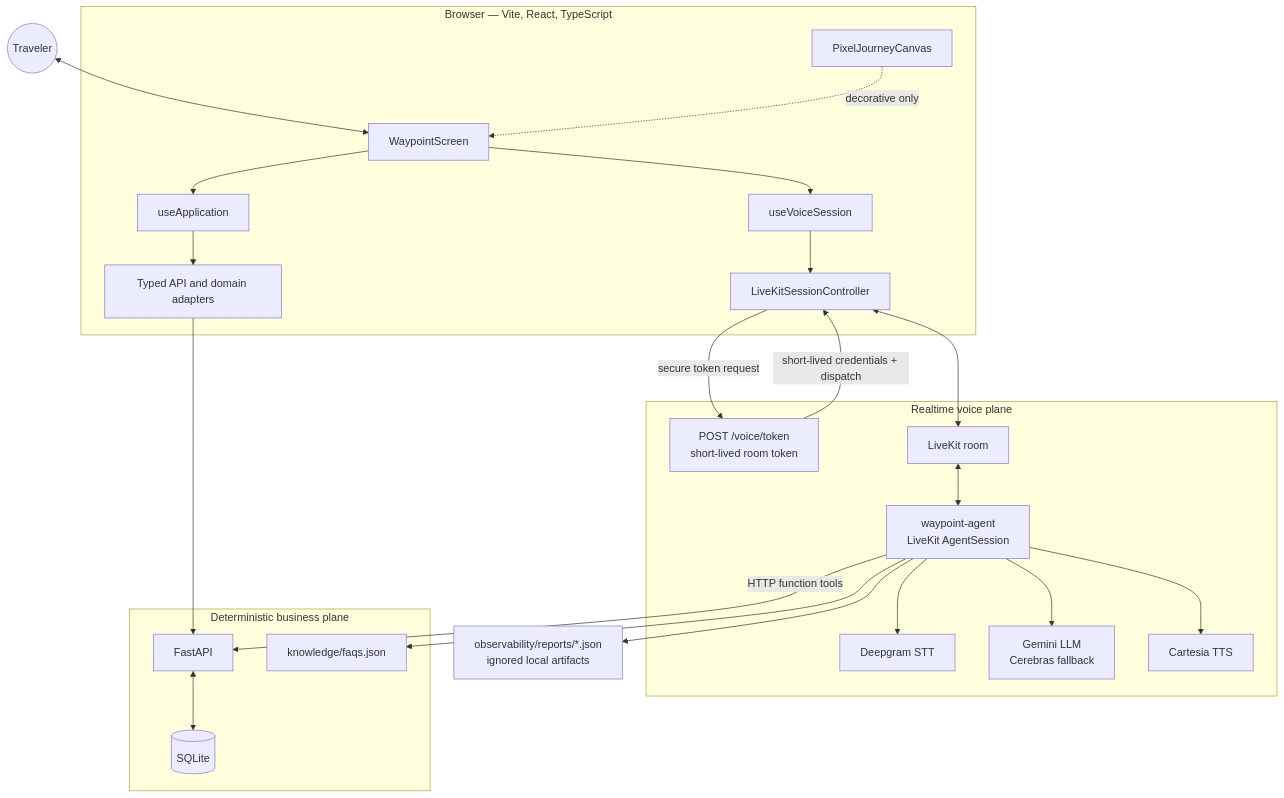
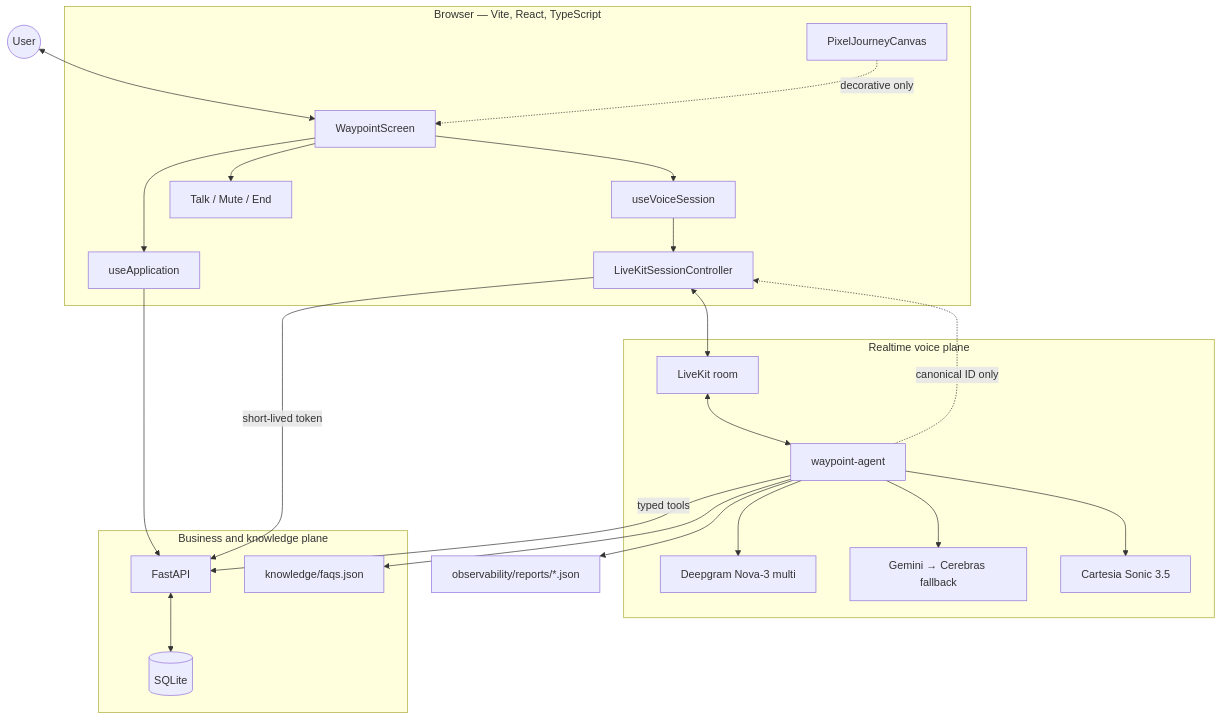
One commit to Parth-Bisht-227/waypoint-voice-ai changed the first of 8 diagrams in docs/ARCHITECTURE.md. Above: the diagram before and after it, drawn with Mermaid. The commit also changed other lines of this file and 6 other files, not shown here.

````diff
--- a/docs/ARCHITECTURE.md
+++ b/docs/ARCHITECTURE.md
@@ -16,47 +17,45 @@
-```mermaid
+~~~mermaid
 flowchart TB
-    User((Traveler))
+    User((User))
 
-    subgraph Web["Browser — Vite, React, TypeScript"]
+    subgraph Browser["Browser — Vite, React, TypeScript"]
         Screen[WaypointScreen]
         VoiceHook[useVoiceSession]
-        VoiceController[LiveKitSessionController]
+        Controller[LiveKitSessionController]
         AppHook[useApplication]
-        ApiAdapter[Typed API and domain adapters]
+        Controls[Talk / Mute / End]
         Canvas[PixelJourneyCanvas]
     end
 
-    subgraph Realtime["Realtime voice plane"]
-        TokenEndpoint["POST /voice/token<br/>short-lived room token"]
+    subgraph Voice["Realtime voice plane"]
         Room[LiveKit room]
-        Agent["waypoint-agent<br/>LiveKit AgentSession"]
-        STT[Deepgram STT]
-        LLM[Gemini LLM<br/>Cerebras fallback]
-        TTS[Cartesia TTS]
+        Agent[waypoint-agent]
+        STT[Deepgram Nova-3 multi]
+        LLM[Gemini → Cerebras fallback]
+        TTS[Cartesia Sonic 3.5]
     end
 
-    subgraph Business["Deterministic business plane"]
+    subgraph Business["Business and knowledge plane"]
         API[FastAPI]
         DB[(SQLite)]
-        FAQ[knowledge/faqs.json]
+        Knowledge[knowledge/faqs.json]
     end
 
-    Reports["observability/reports/*.json<br/>ignored local artifacts"]
+    Reports[observability/reports/*.json]
 
     User <--> Screen
-    Screen --> VoiceHook --> VoiceController
-    Screen --> AppHook --> ApiAdapter --> API
-    Canvas -. "decorative only" .-> Screen
-
-    VoiceController -->|"secure token request"| TokenEndpoint
-    TokenEndpoint -->|"short-lived credentials + dispatch"| VoiceController
-    VoiceController <--> Room <--> Agent
+    Screen --> VoiceHook --> Controller
+    Screen --> AppHook --> API
+    Screen --> Controls
+    Canvas -. decorative only .-> Screen
+    Controller -->|short-lived token| API
+    Controller <--> Room <--> Agent
     Agent --> STT
     Agent --> LLM
     Agent --> TTS
-    Agent -->|HTTP function tools| API
-    Agent --> FAQ
+    Agent -->|typed tools| API
+    Agent --> Knowledge
     Agent --> Reports
     API <--> DB
-
-```
+    Agent -. canonical ID only .-> Controller
+~~~
````
